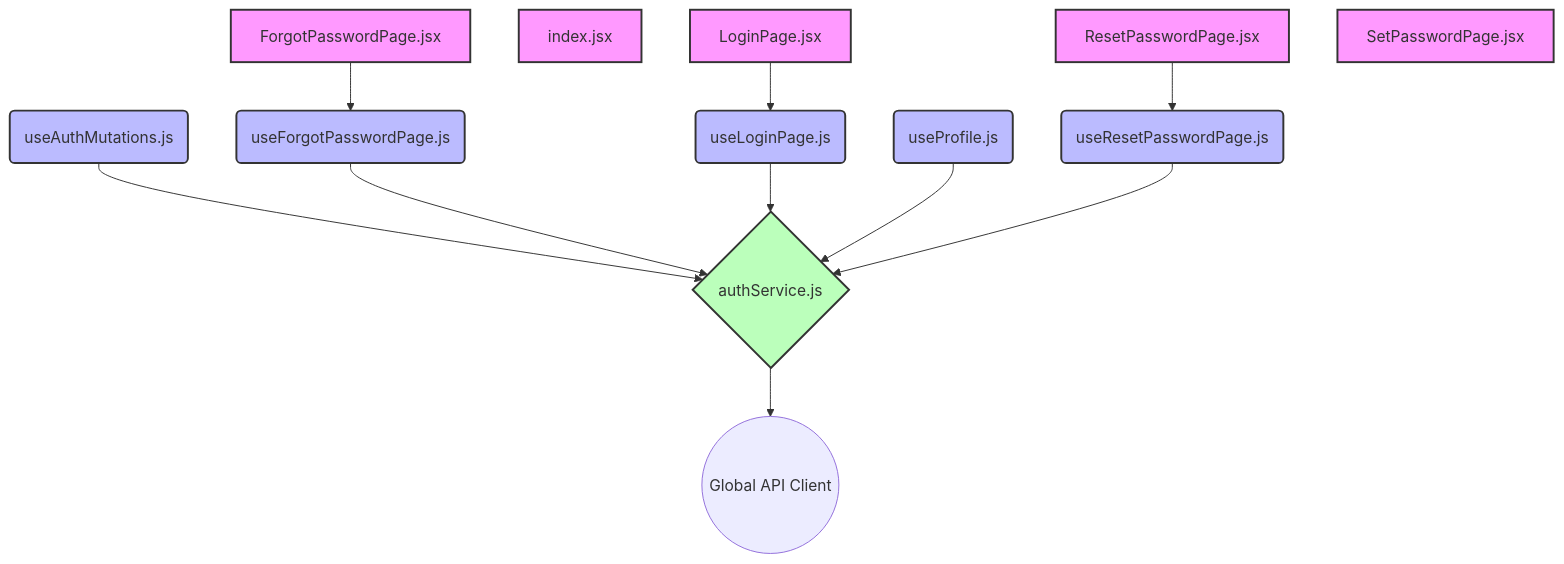
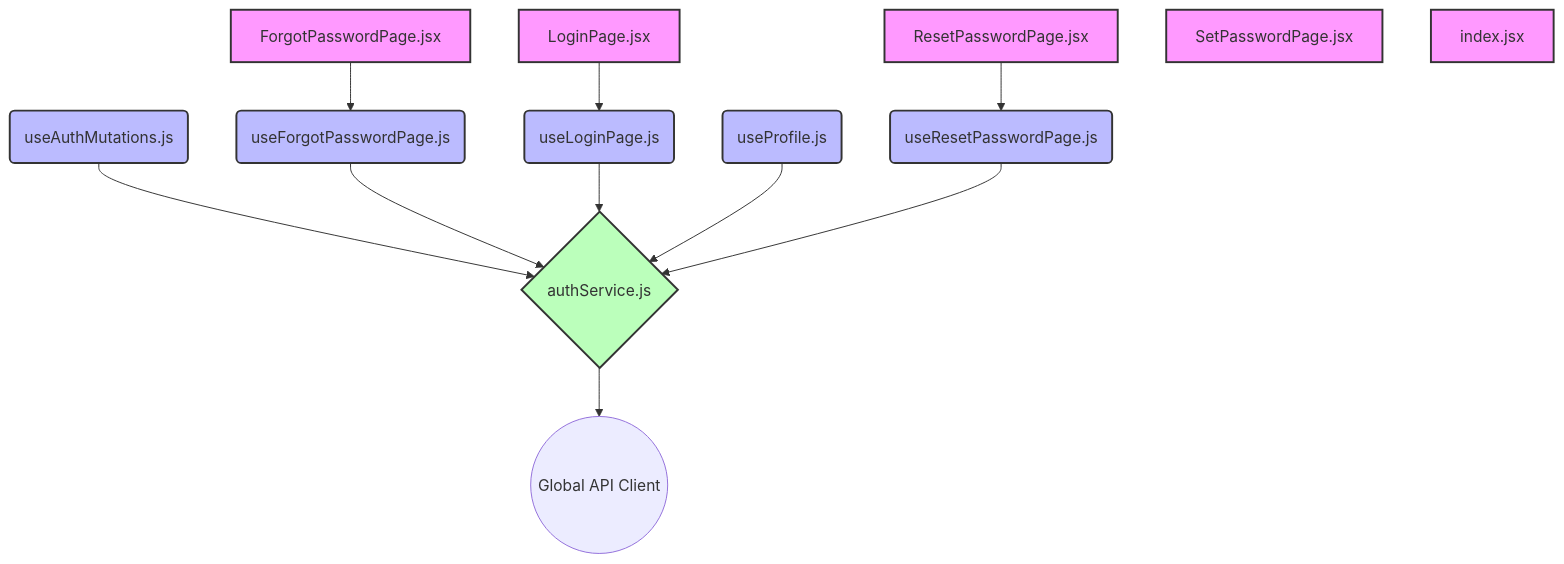
Before and after one commit to nexowebai/nexo-superadmin: the second of 2 diagrams in src/features/auth/README.md, drawn with Mermaid. The commit also changed other lines of this file and 2 other files, not shown here.

````diff
--- a/src/features/auth/README.md
+++ b/src/features/auth/README.md
@@ -30,27 +30,27 @@
 ```mermaid
 graph TD
     classDef page fill:#f9f,stroke:#333,stroke-width:2px;
     classDef hook fill:#bbf,stroke:#333,stroke-width:2px;
     classDef service fill:#bfb,stroke:#333,stroke-width:2px;
 
     ForgotPasswordPage[ForgotPasswordPage.jsx]:::page
     ForgotPasswordPage --> useForgotPasswordPage
-    index[index.jsx]:::page
     LoginPage[LoginPage.jsx]:::page
     LoginPage --> useLoginPage
     ResetPasswordPage[ResetPasswordPage.jsx]:::page
     ResetPasswordPage --> useResetPasswordPage
     SetPasswordPage[SetPasswordPage.jsx]:::page
+    index[index.jsx]:::page
     useAuthMutations(useAuthMutations.js):::hook
     useAuthMutations --> authService
     useForgotPasswordPage(useForgotPasswordPage.js):::hook
     useForgotPasswordPage --> authService
     useLoginPage(useLoginPage.js):::hook
     useLoginPage --> authService
     useProfile(useProfile.js):::hook
     useProfile --> authService
     useResetPasswordPage(useResetPasswordPage.js):::hook
     useResetPasswordPage --> authService
     authService{authService.js}:::service
     authService --> API_Client((Global API Client))
 ```
````
